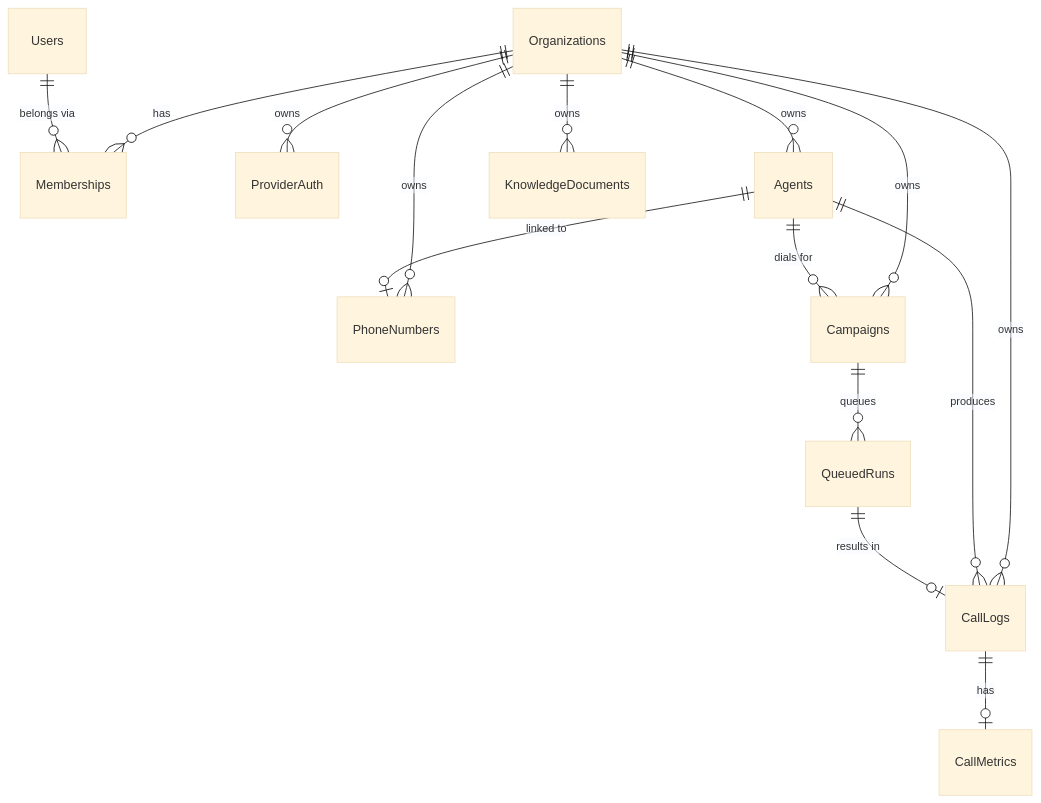
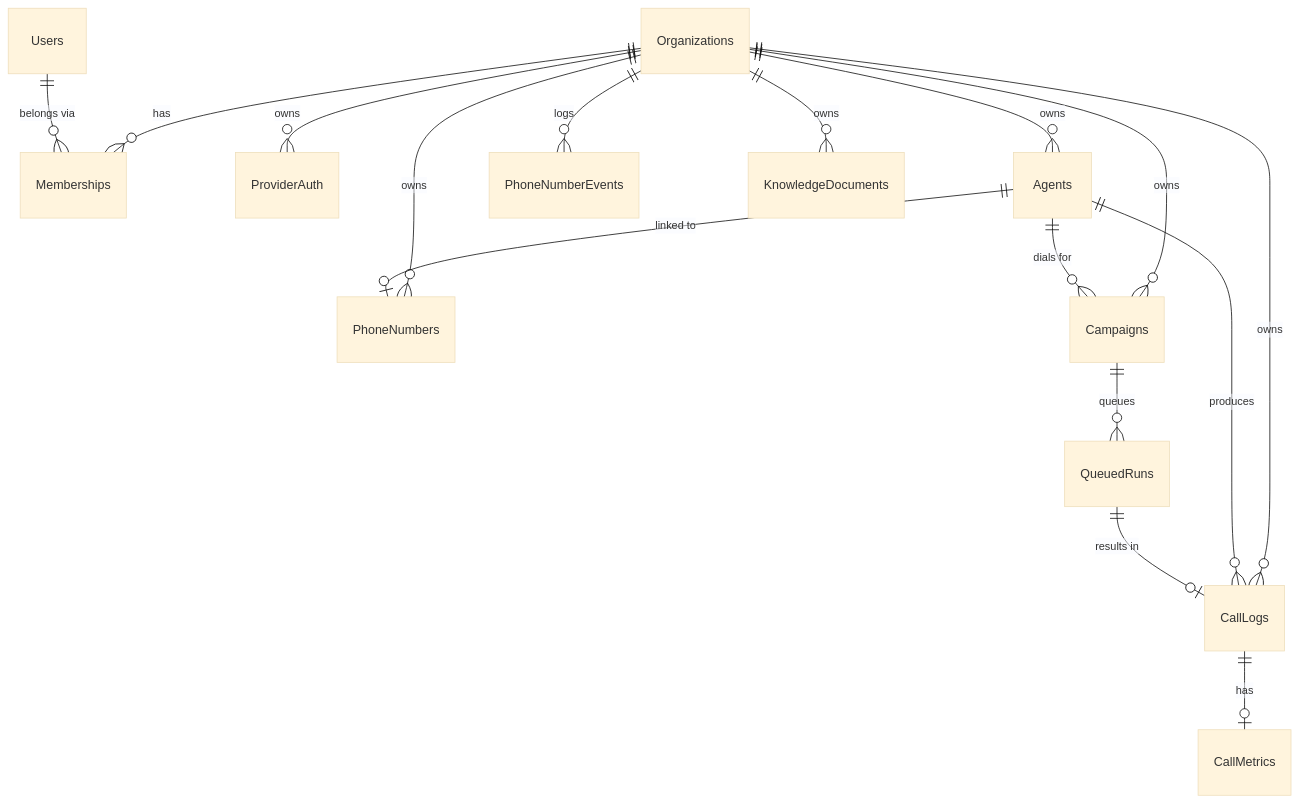
One commit to COSS-India/VoicEra changed the diagram in docs/developer/reference/data-model.md. Above: the diagram before and after it, drawn with Mermaid (base theme). The commit also changed other lines of this file and 12 other files, not shown here.

First line of the commit message:
Implement phone number activity logging and retrieval

````diff
--- a/docs/developer/reference/data-model.md
+++ b/docs/developer/reference/data-model.md
@@ -16,17 +16,18 @@
 ```mermaid
 erDiagram
   Organizations ||--o{ Memberships : "has"
   Users ||--o{ Memberships : "belongs via"
   Organizations ||--o{ ProviderAuth : "owns"
   Organizations ||--o{ Agents : "owns"
   Organizations ||--o{ PhoneNumbers : "owns"
+  Organizations ||--o{ PhoneNumberEvents : "logs"
   Organizations ||--o{ KnowledgeDocuments : "owns"
   Organizations ||--o{ CallLogs : "owns"
   Organizations ||--o{ Campaigns : "owns"
   Agents ||--o| PhoneNumbers : "linked to"
   Agents ||--o{ CallLogs : "produces"
   Agents ||--o{ Campaigns : "dials for"
   Campaigns ||--o{ QueuedRuns : "queues"
   QueuedRuns ||--o| CallLogs : "results in"
   CallLogs ||--o| CallMetrics : "has"
 ```
````
